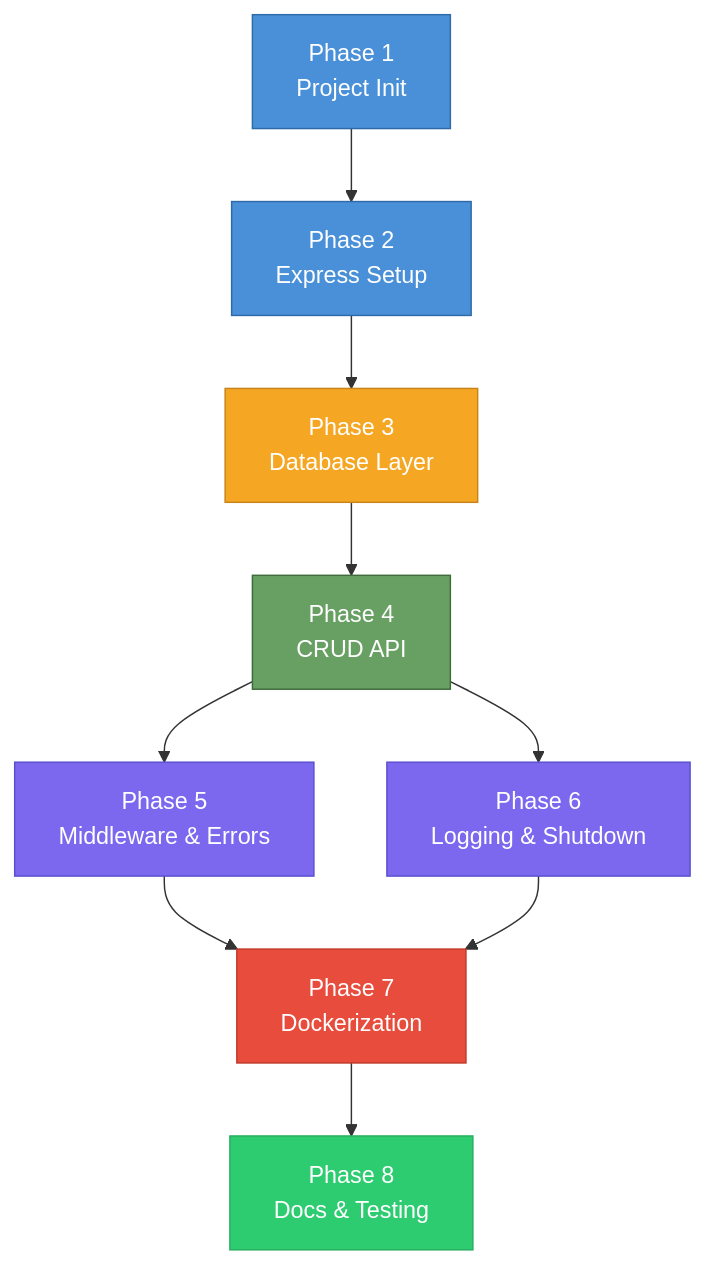
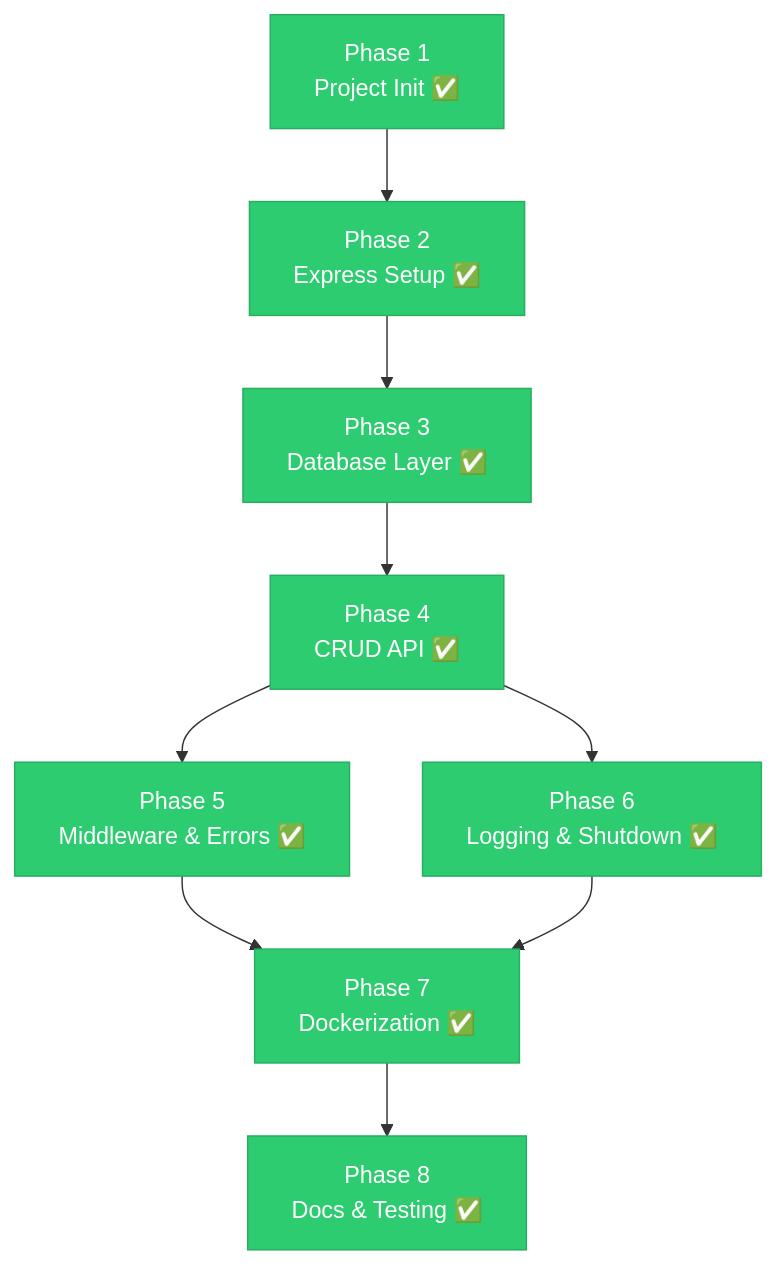
One commit to anshul4117/docker_blog_api changed the diagram in TASKS.md. Above: the diagram before and after it, drawn with Mermaid. The commit also changed other lines of this file and 2 other files, not shown here.

Commit message:
feat: complete E2E testing, fix mongoose deprecation

````diff
--- a/TASKS.md
+++ b/TASKS.md
@@ -157,20 +157,20 @@
 ```mermaid
 graph TD
-    P1[Phase 1<br/>Project Init] --> P2[Phase 2<br/>Express Setup]
-    P2 --> P3[Phase 3<br/>Database Layer]
-    P3 --> P4[Phase 4<br/>CRUD API]
-    P4 --> P5[Phase 5<br/>Middleware & Errors]
-    P4 --> P6[Phase 6<br/>Logging & Shutdown]
-    P5 --> P7[Phase 7<br/>Dockerization]
+    P1[Phase 1<br/>Project Init ✅] --> P2[Phase 2<br/>Express Setup ✅]
+    P2 --> P3[Phase 3<br/>Database Layer ✅]
+    P3 --> P4[Phase 4<br/>CRUD API ✅]
+    P4 --> P5[Phase 5<br/>Middleware & Errors ✅]
+    P4 --> P6[Phase 6<br/>Logging & Shutdown ✅]
+    P5 --> P7[Phase 7<br/>Dockerization ✅]
     P6 --> P7
-    P7 --> P8[Phase 8<br/>Docs & Testing]
+    P7 --> P8[Phase 8<br/>Docs & Testing ✅]
 
-    style P1 fill:#4A90D9,stroke:#2E6BA6,color:#fff
-    style P2 fill:#4A90D9,stroke:#2E6BA6,color:#fff
-    style P3 fill:#F5A623,stroke:#C7841A,color:#fff
-    style P4 fill:#68A063,stroke:#3E6B39,color:#fff
-    style P5 fill:#7B68EE,stroke:#5A4FCF,color:#fff
-    style P6 fill:#7B68EE,stroke:#5A4FCF,color:#fff
-    style P7 fill:#E74C3C,stroke:#C0392B,color:#fff
+    style P1 fill:#2ECC71,stroke:#27AE60,color:#fff
+    style P2 fill:#2ECC71,stroke:#27AE60,color:#fff
+    style P3 fill:#2ECC71,stroke:#27AE60,color:#fff
+    style P4 fill:#2ECC71,stroke:#27AE60,color:#fff
+    style P5 fill:#2ECC71,stroke:#27AE60,color:#fff
+    style P6 fill:#2ECC71,stroke:#27AE60,color:#fff
+    style P7 fill:#2ECC71,stroke:#27AE60,color:#fff
     style P8 fill:#2ECC71,stroke:#27AE60,color:#fff
 ```
````
